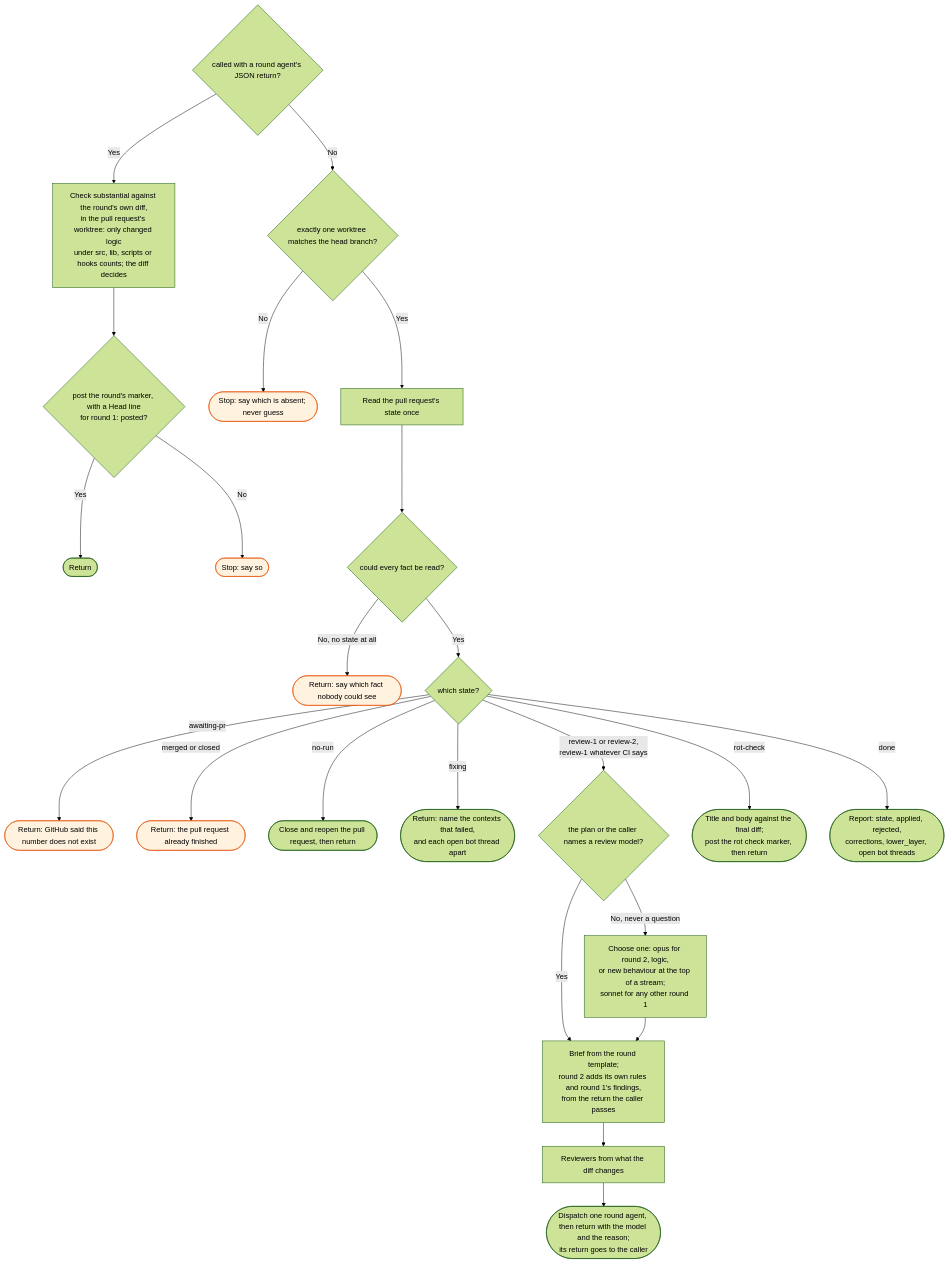
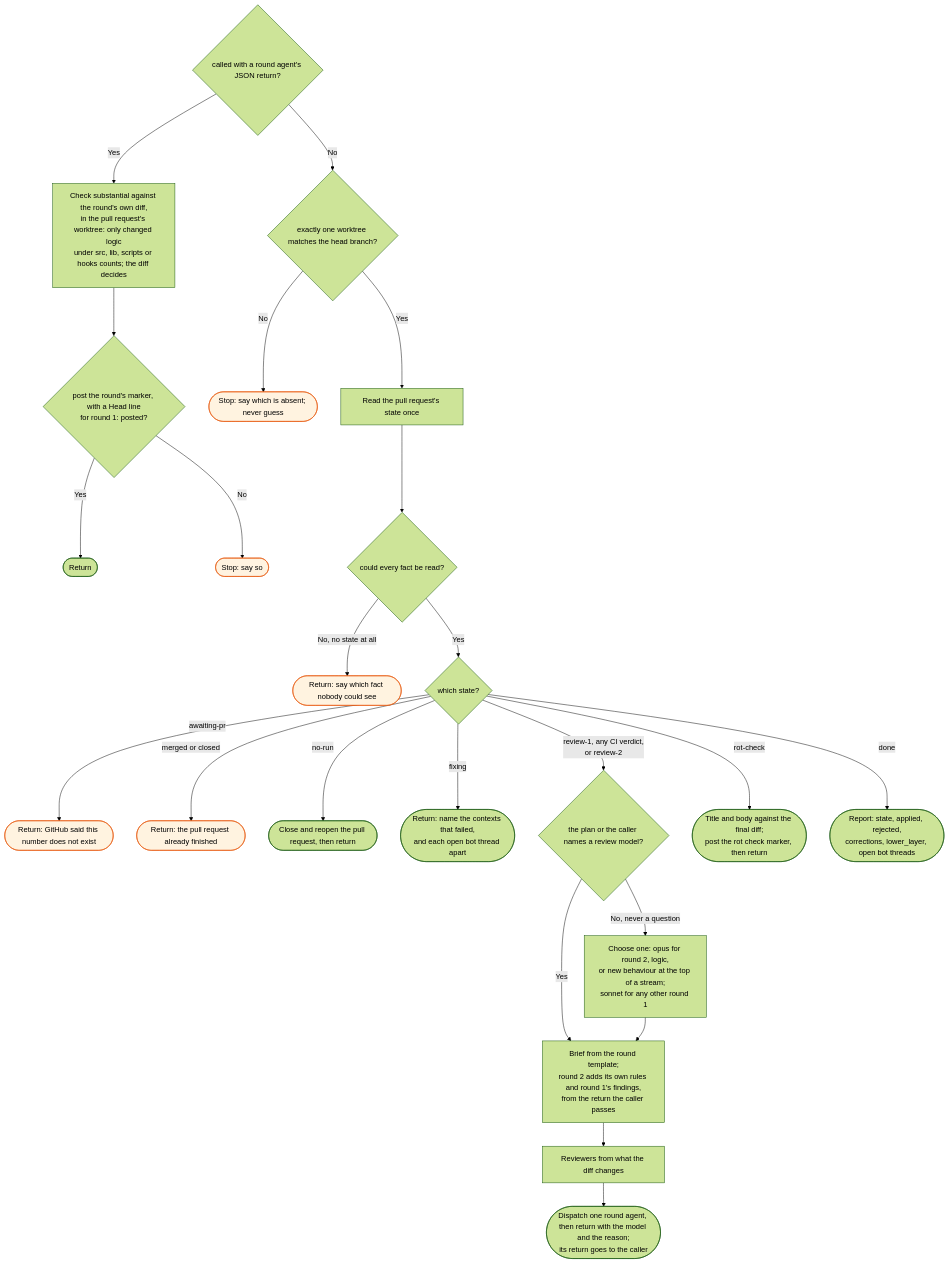
One commit to bje-settings/claude changed the diagram in docs/flows/workstreams/review/_skill-flow.md. Above: the diagram before and after it, drawn with Mermaid (forest theme). The commit also changed 3 other files, not shown here.

````diff
--- a/docs/flows/workstreams/review/_skill-flow.md
+++ b/docs/flows/workstreams/review/_skill-flow.md
@@ -15,32 +15,32 @@
 ```mermaid
 flowchart TD
     R0{called with a round agent's JSON return?}
     R0 -->|Yes| RS[Check substantial against the round's own diff,<br/>in the pull request's worktree: only changed logic<br/>under src, lib, scripts or hooks counts; the diff decides]
     RS --> R2{post the round's marker, with a Head line<br/>for round 1: posted?}
     R2 -->|Yes| R1([Return])
     R2 -->|No| R3([Stop: say so]):::stop
     R0 -->|No| W{exactly one worktree matches the head branch?}
     W -->|No| W1([Stop: say which is absent; never guess]):::stop
     W -->|Yes| C[Read the pull request's state once]
 
     C --> D{could every fact be read?}
     D -->|No, no state at all| D1([Return: say which fact nobody could see]):::stop
     D -->|Yes| E{which state?}
 
     E -->|awaiting-pr| E1([Return: GitHub said this number does not exist]):::stop
     E -->|merged or closed| E1b([Return: the pull request already finished]):::stop
     E -->|no-run| F([Close and reopen the pull request, then return])
     E -->|fixing| G2([Return: name the contexts that failed,<br/>and each open bot thread apart])
 
-    E -->|review-1 or review-2,<br/>review-1 whatever CI says| M{the plan or the caller names a review model?}
+    E -->|review-1, any CI verdict,<br/>or review-2| M{the plan or the caller names a review model?}
     M -->|Yes| I
     M -->|No, never a question| M1[Choose one: opus for round 2, logic,<br/>or new behaviour at the top of a stream;<br/>sonnet for any other round 1] --> I
     I[Brief from the round template;<br/>round 2 adds its own rules and round 1's findings,<br/>from the return the caller passes]
     I --> J[Reviewers from what the diff changes]
     J --> K([Dispatch one round agent, then return with the model and the reason;<br/>its return goes to the caller])
 
     E -->|rot-check| Q([Title and body against the final diff;<br/>post the rot check marker, then return])
     E -->|done| S([Report: state, applied, rejected,<br/>corrections, lower_layer, open bot threads])
 
     classDef stop fill:#fff3e0,stroke:#e65100,color:#000
 ```
````
